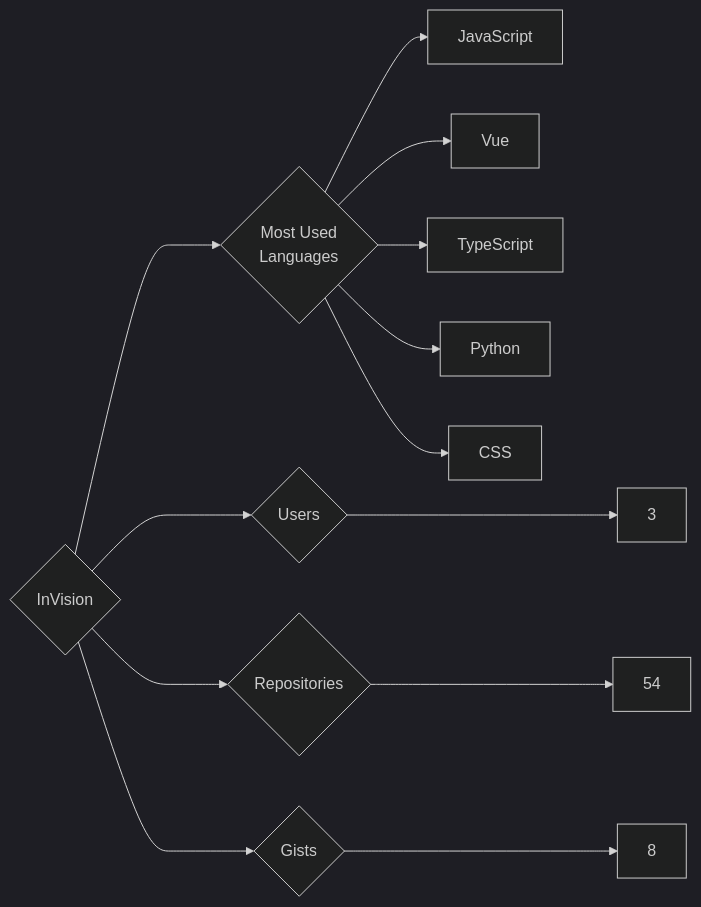
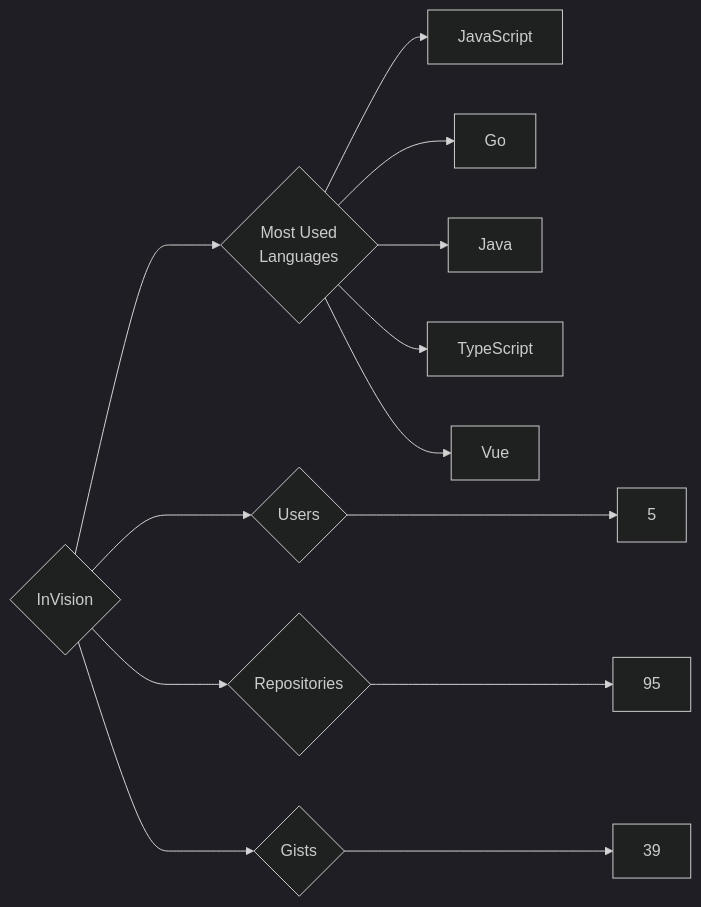
Before and after one commit to trickest/insiders: the diagram in targets/InVision/README.md, drawn with Mermaid (dark theme). The commit also changed 823 other files, not shown here.

````diff
--- a/targets/InVision/README.md
+++ b/targets/InVision/README.md
@@ -3,13 +3,13 @@
 ```mermaid
 graph LR
 COMPANY_NAME{InVision}
-COMPANY_NAME ---> U{Users} ---> UN[3]
-COMPANY_NAME ---> R{Repositories} ---> RN[54]
-COMPANY_NAME ---> G{Gists} ---> GN[8]
+COMPANY_NAME ---> U{Users} ---> UN[5]
+COMPANY_NAME ---> R{Repositories} ---> RN[95]
+COMPANY_NAME ---> G{Gists} ---> GN[39]
 COMPANY_NAME ---> ML{Most Used<br>Languages}
 ML --> JavaScript[JavaScript]
+ML --> Go[Go]
+ML --> Java[Java]
+ML --> TypeScript[TypeScript]
 ML --> Vue[Vue]
-ML --> TypeScript[TypeScript]
-ML --> Python[Python]
-ML --> CSS[CSS]
 ```
````
